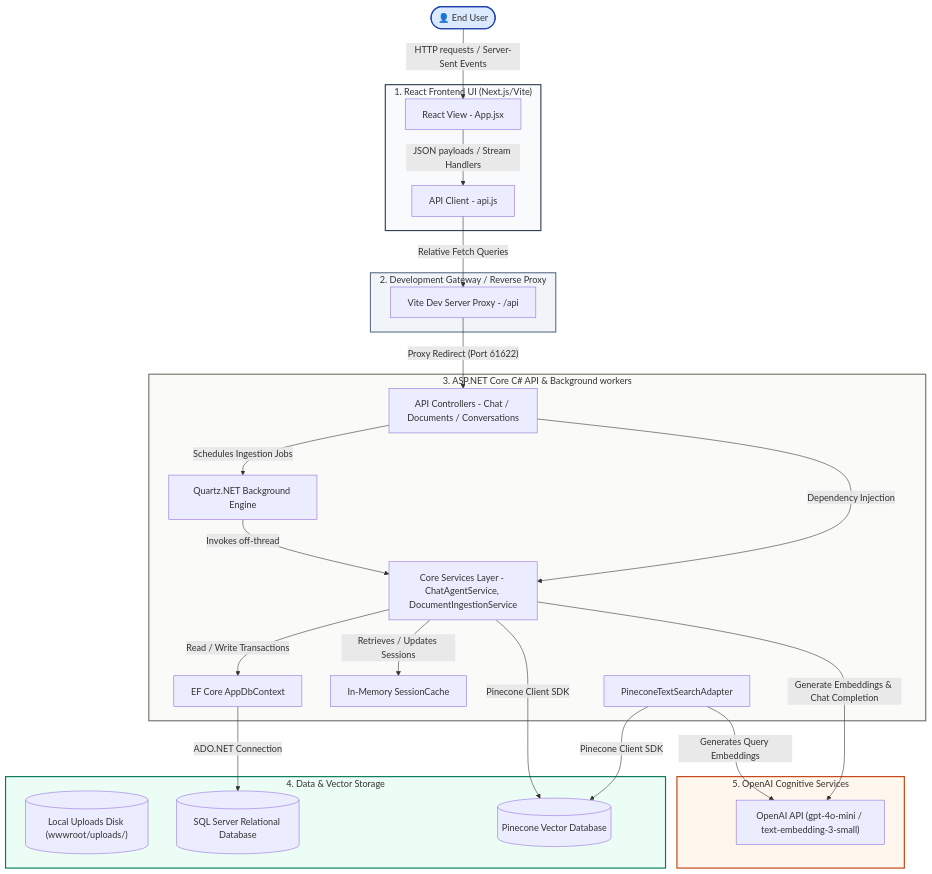
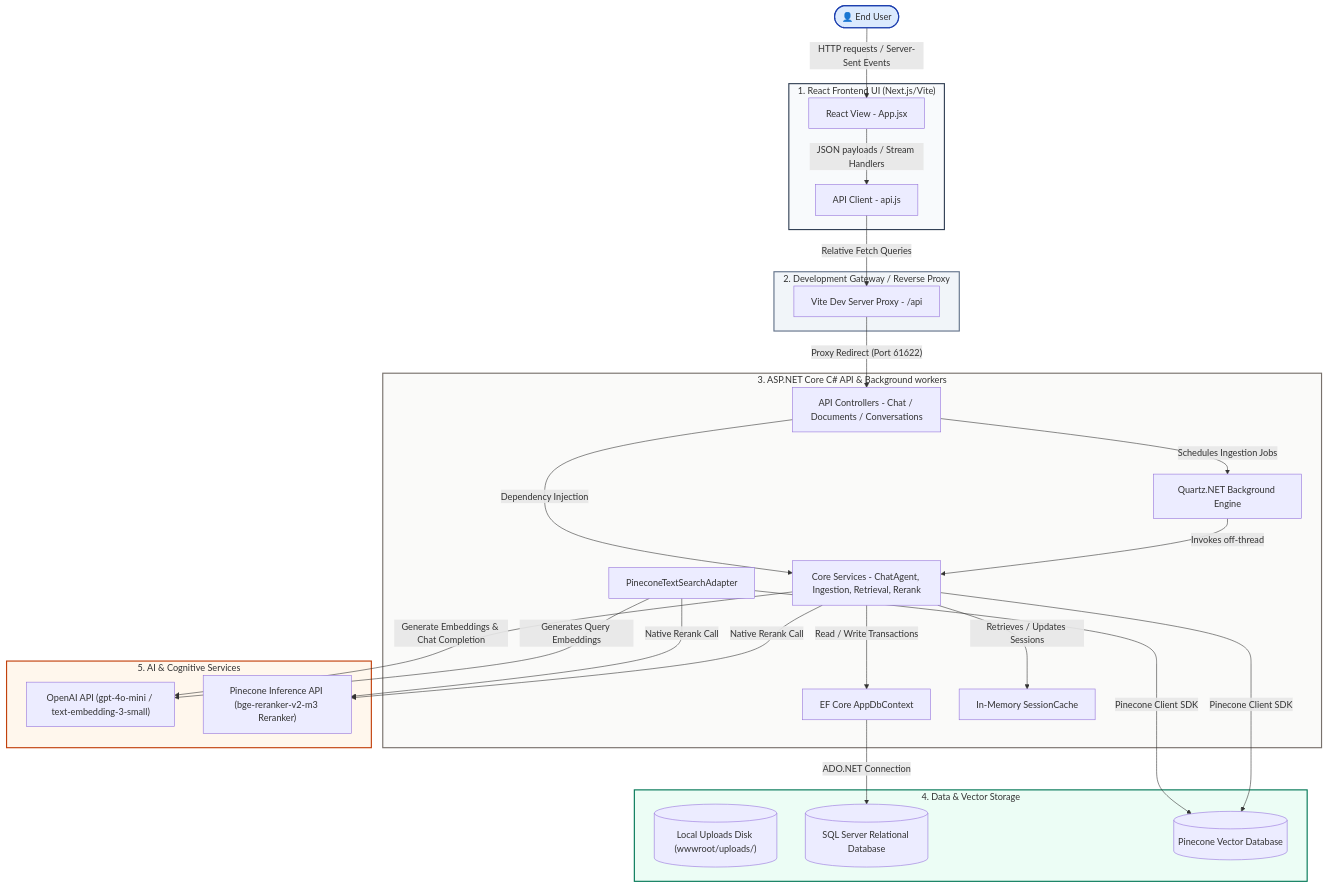
Before and after one commit to albertpsi/MSAgentFrameworkRAG: the first of 4 diagrams in README.md, drawn with Mermaid. The commit also changed other lines of this file and 24 other files, not shown here.

First line of the commit message:
feat: Implement two-stage retrieval with Pinecone reranking and enhance document ingestion

````diff
--- a/README.md
+++ b/README.md
@@ -41,57 +43,60 @@
 ```mermaid
 graph TB
     User(["👤 End User"])
     
     subgraph ClientLayer ["1. React Frontend UI (Next.js/Vite)"]
         UI["React View - App.jsx"]
         API_Helper["API Client - api.js"]
     end
     
     subgraph ProxyLayer ["2. Development Gateway / Reverse Proxy"]
         Proxy["Vite Dev Server Proxy - /api"]
     end
 
     subgraph BackendLayer ["3. ASP.NET Core C# API & Background workers"]
         Controllers["API Controllers - Chat / Documents / Conversations"]
-        Services["Core Services Layer - ChatAgentService, DocumentIngestionService"]
+        Services["Core Services - ChatAgent, Ingestion, Retrieval, Rerank"]
         Quartz["Quartz.NET Background Engine"]
         DB_Context["EF Core AppDbContext"]
         S_Cache["In-Memory SessionCache"]
         Vector_Adapter["PineconeTextSearchAdapter"]
     end
 
     subgraph StorageLayer ["4. Data & Vector Storage"]
         Disk[("Local Uploads Disk (wwwroot/uploads/)")]
         SQL_DB[("SQL Server Relational Database")]
         Pinecone_DB[("Pinecone Vector Database")]
     end
 
-    subgraph AILayer ["5. OpenAI Cognitive Services"]
+    subgraph AILayer ["5. AI & Cognitive Services"]
         OpenAI_API["OpenAI API (gpt-4o-mini / text-embedding-3-small)"]
+        Pinecone_Inference["Pinecone Inference API (bge-reranker-v2-m3 Reranker)"]
     end
 
     User -->|"HTTP requests / Server-Sent Events"| UI
     UI -->|"JSON payloads / Stream Handlers"| API_Helper
     API_Helper -->|"Relative Fetch Queries"| Proxy
     Proxy -->|"Proxy Redirect (Port 61622)"| Controllers
     
     Controllers -->|"Dependency Injection"| Services
     Controllers -->|"Schedules Ingestion Jobs"| Quartz
     Quartz -->|"Invokes off-thread"| Services
     
     Services -->|"Read / Write Transactions"| DB_Context
     Services -->|"Retrieves / Updates Sessions"| S_Cache
     DB_Context -->|"ADO.NET Connection"| SQL_DB
     
     Services -->|"Generate Embeddings & Chat Completion"| OpenAI_API
     Vector_Adapter -->|"Pinecone Client SDK"| Pinecone_DB
     Services -->|"Pinecone Client SDK"| Pinecone_DB
     Vector_Adapter -->|"Generates Query Embeddings"| OpenAI_API
+    Vector_Adapter -->|"Native Rerank Call"| Pinecone_Inference
+    Services -->|"Native Rerank Call"| Pinecone_Inference
     
     style User fill:#dbeafe,stroke:#1e40af,stroke-width:2px;
     style ClientLayer fill:#f8fafc,stroke:#334155,stroke-width:2px;
     style ProxyLayer fill:#f1f5f9,stroke:#64748b,stroke-width:2px;
     style BackendLayer fill:#fafaf9,stroke:#78716c,stroke-width:2px;
     style StorageLayer fill:#ecfdf5,stroke:#047857,stroke-width:2px;
     style AILayer fill:#fff7ed,stroke:#c2410c,stroke-width:2px;
 ```
````
